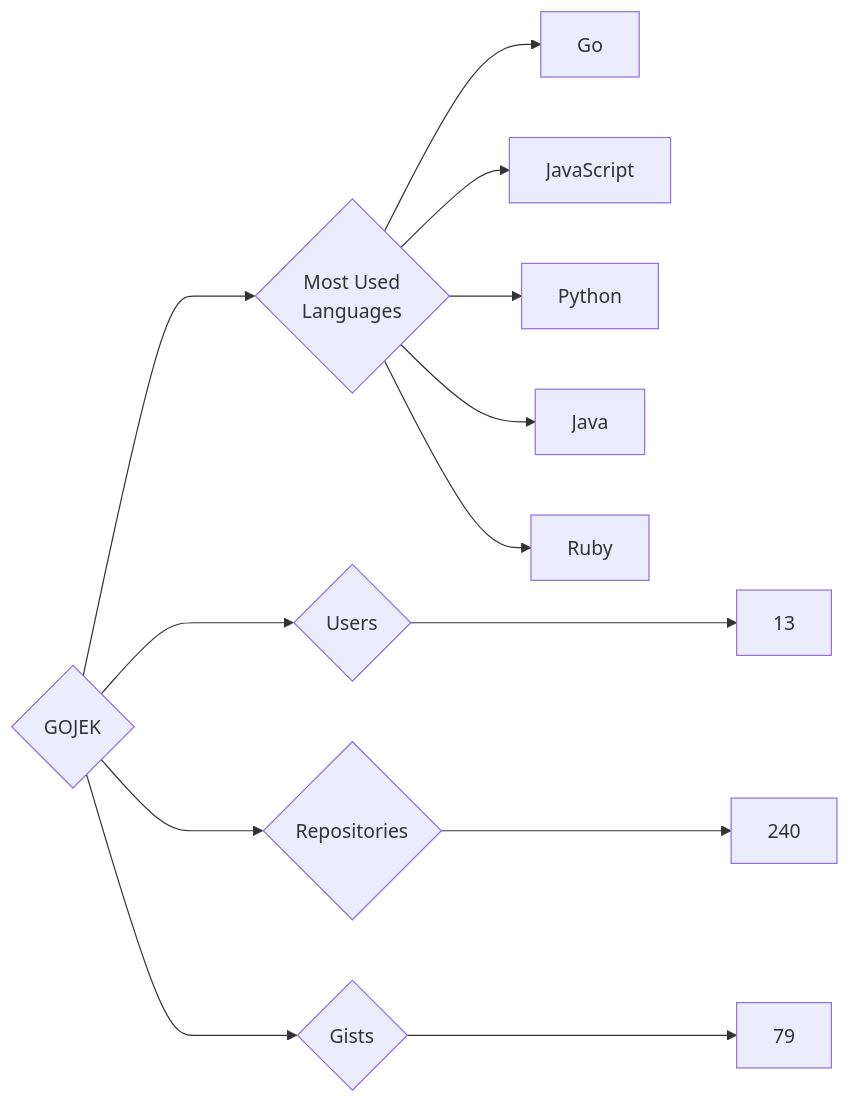
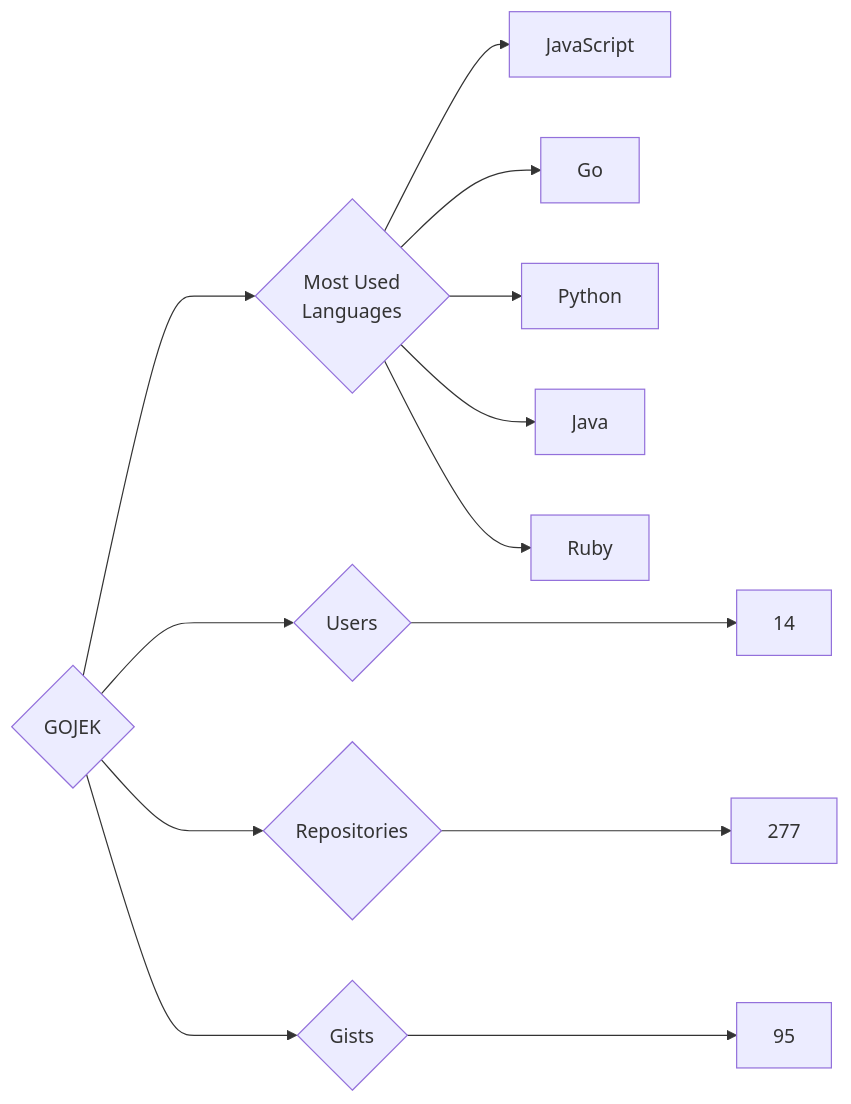
Before and after one commit to trickest/insiders: the diagram in targets/GOJEK/README.md, drawn with Mermaid. The commit also changed 569 other files, not shown here.

````diff
--- a/targets/GOJEK/README.md
+++ b/targets/GOJEK/README.md
@@ -3,13 +3,13 @@
 ```mermaid
 graph LR
 COMPANY_NAME{GOJEK}
-COMPANY_NAME ---> U{Users} ---> UN[13]
-COMPANY_NAME ---> R{Repositories} ---> RN[240]
-COMPANY_NAME ---> G{Gists} ---> GN[79]
+COMPANY_NAME ---> U{Users} ---> UN[14]
+COMPANY_NAME ---> R{Repositories} ---> RN[277]
+COMPANY_NAME ---> G{Gists} ---> GN[95]
 COMPANY_NAME ---> ML{Most Used<br>Languages}
+ML --> JavaScript[JavaScript]
 ML --> Go[Go]
-ML --> JavaScript[JavaScript]
 ML --> Python[Python]
 ML --> Java[Java]
 ML --> Ruby[Ruby]
 ```
````
